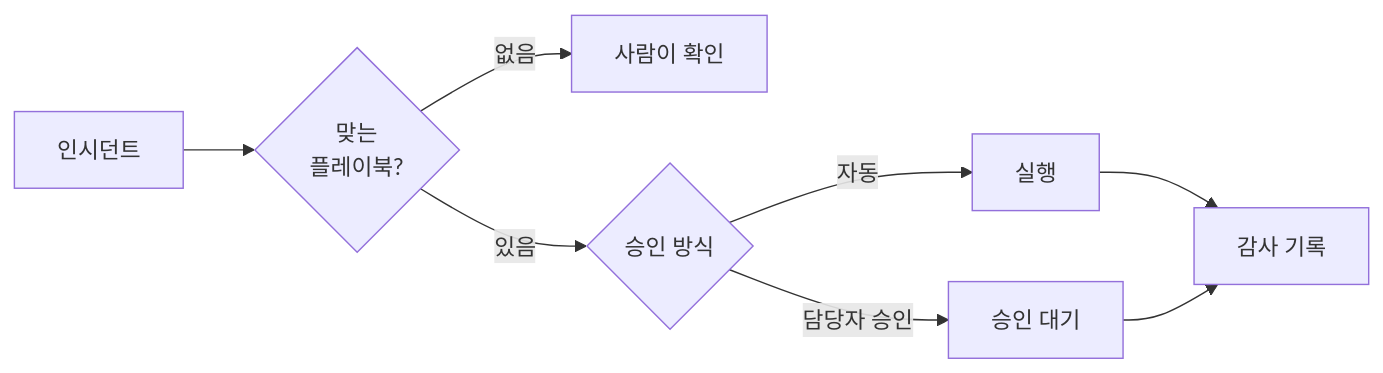
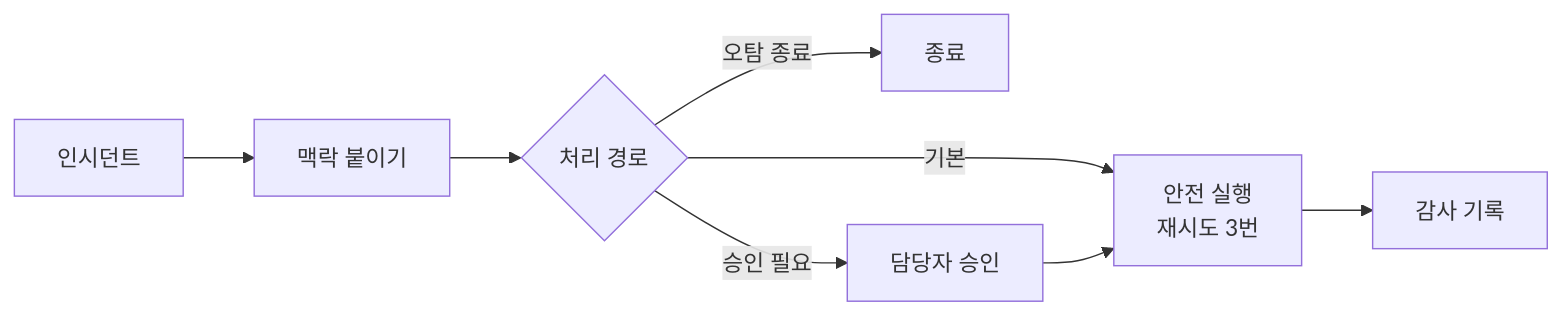
Before and after one commit to mdkk0220/security-agent-toolkit: the fifth of 5 diagrams in Readme.md, drawn with Mermaid. The commit also changed other lines of this file and 2 other files, not shown here.

Commit message:
docs: 5과목 Day 2(맥락 · 경로 · 안전 실행 · 승인 · 재시도), 4과목 Day 6 요약 반영
Claude-Session: https://claude.ai/code/session_01NbKkdsJjLhFMPvHqP6XUhn

````diff
--- a/Readme.md
+++ b/Readme.md
@@ -91,10 +91,10 @@
 ```mermaid
 flowchart LR
-    A["인시던트"] --> B{"맞는<br/>플레이북?"}
-    B -- 없음 --> N["사람이 확인"]
-    B -- 있음 --> C{"승인 방식"}
-    C -- 자동 --> D["실행"]
-    C -- 담당자 승인 --> W["승인 대기"]
+    A["인시던트"] --> B["맥락 붙이기"]
+    B --> C{"처리 경로"}
+    C -- 오탐 종료 --> Z["종료"]
+    C -- 승인 필요 --> W["담당자 승인"]
+    C -- 기본 --> D["안전 실행<br/>재시도 3번"]
+    W --> D
     D --> L["감사 기록"]
-    W --> L
 ```
````
